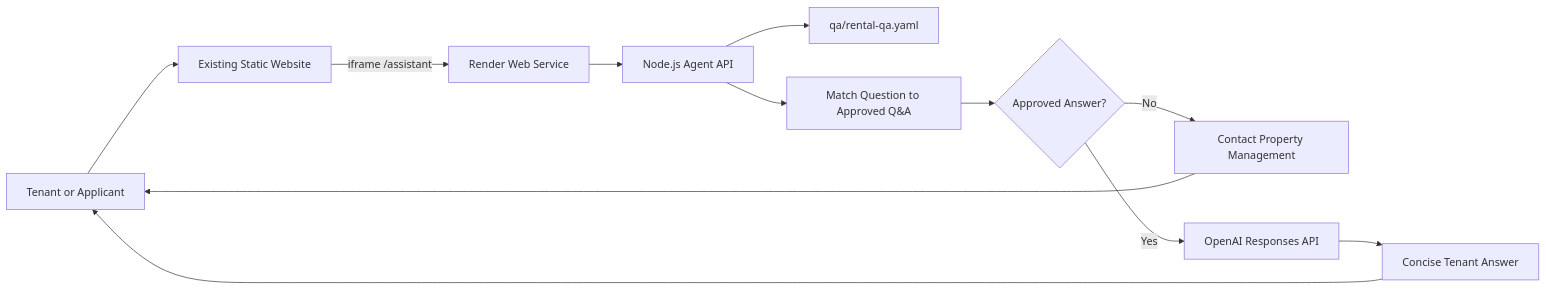
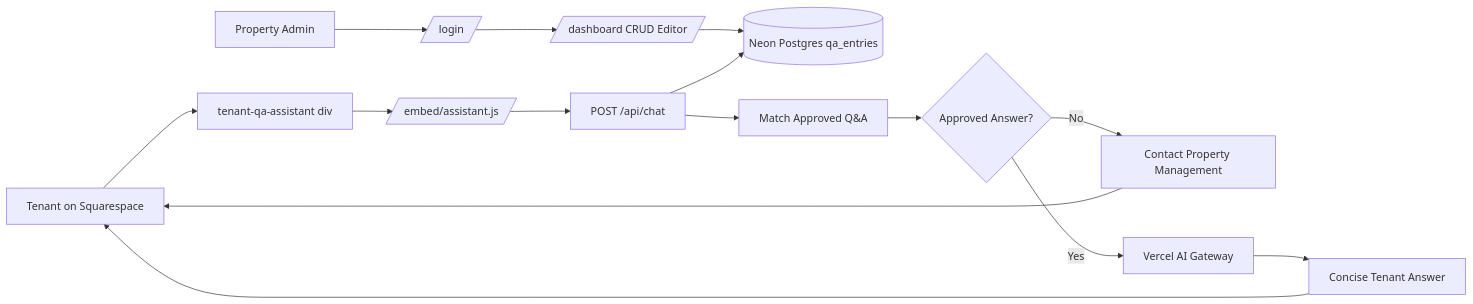
The first of 3 diagrams in README.md (connor12488/catalinaw36place), drawn with Mermaid before and after one commit. The commit also changed other lines of this file and 47 other files, not shown here.

````diff
--- a/README.md
+++ b/README.md
@@ -38,14 +57,17 @@
 ```mermaid
 flowchart LR
-  tenant[Tenant or Applicant] --> website[Existing Static Website]
-  website -->|iframe /assistant| render[Render Web Service]
-  render --> api[Node.js Agent API]
-  api --> yaml[qa/rental-qa.yaml]
-  api --> match[Match Question to Approved Q&A]
-  match --> guardrails{Approved Answer?}
-  guardrails -->|No| fallback[Contact Property Management]
-  guardrails -->|Yes| openai[OpenAI Responses API]
-  openai --> response[Concise Tenant Answer]
+  admin[Property Admin] --> login[/login/]
+  login --> dashboard[/dashboard CRUD Editor/]
+  dashboard --> db[(Neon Postgres qa_entries)]
+  tenant[Tenant on Squarespace] --> embed[tenant-qa-assistant div]
+  embed --> js[/embed/assistant.js/]
+  js --> chat[POST /api/chat]
+  chat --> db
+  chat --> match[Match Approved Q&A]
+  match --> approved{Approved Answer?}
+  approved -->|No| fallback[Contact Property Management]
+  approved -->|Yes| gateway[Vercel AI Gateway]
+  gateway --> response[Concise Tenant Answer]
   fallback --> tenant
   response --> tenant
 ```
````
